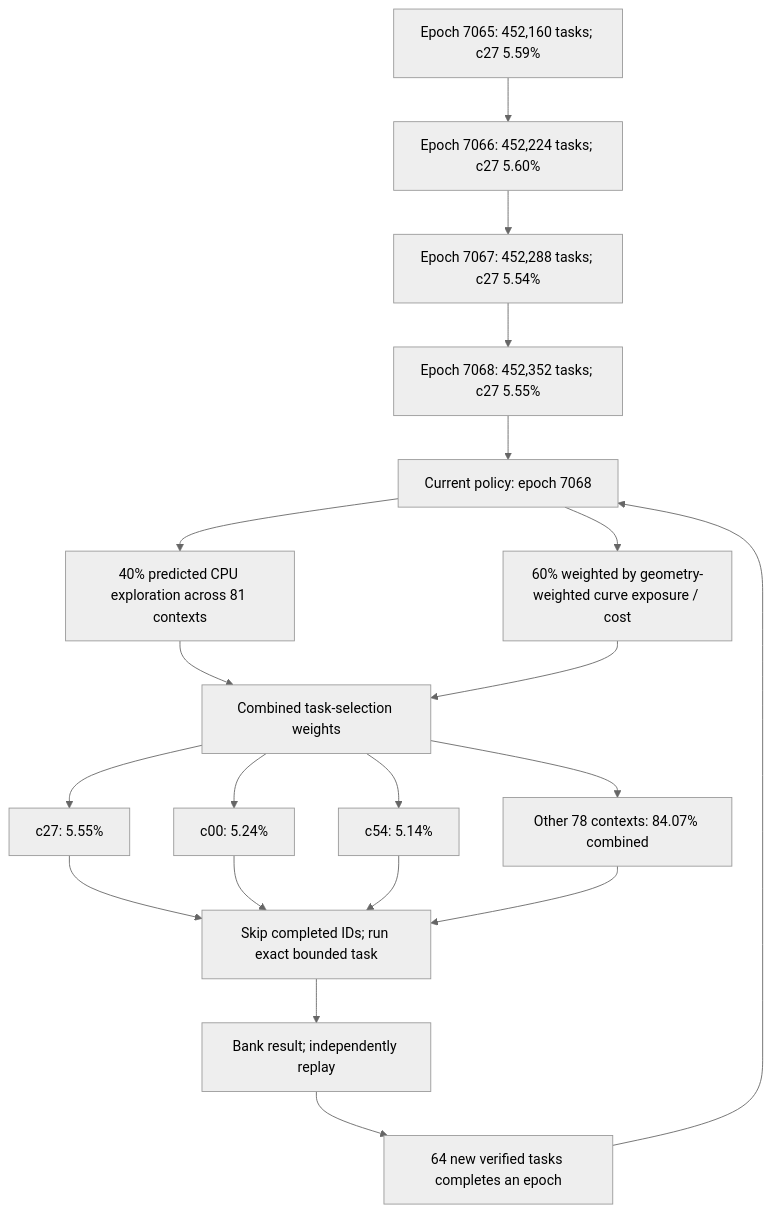
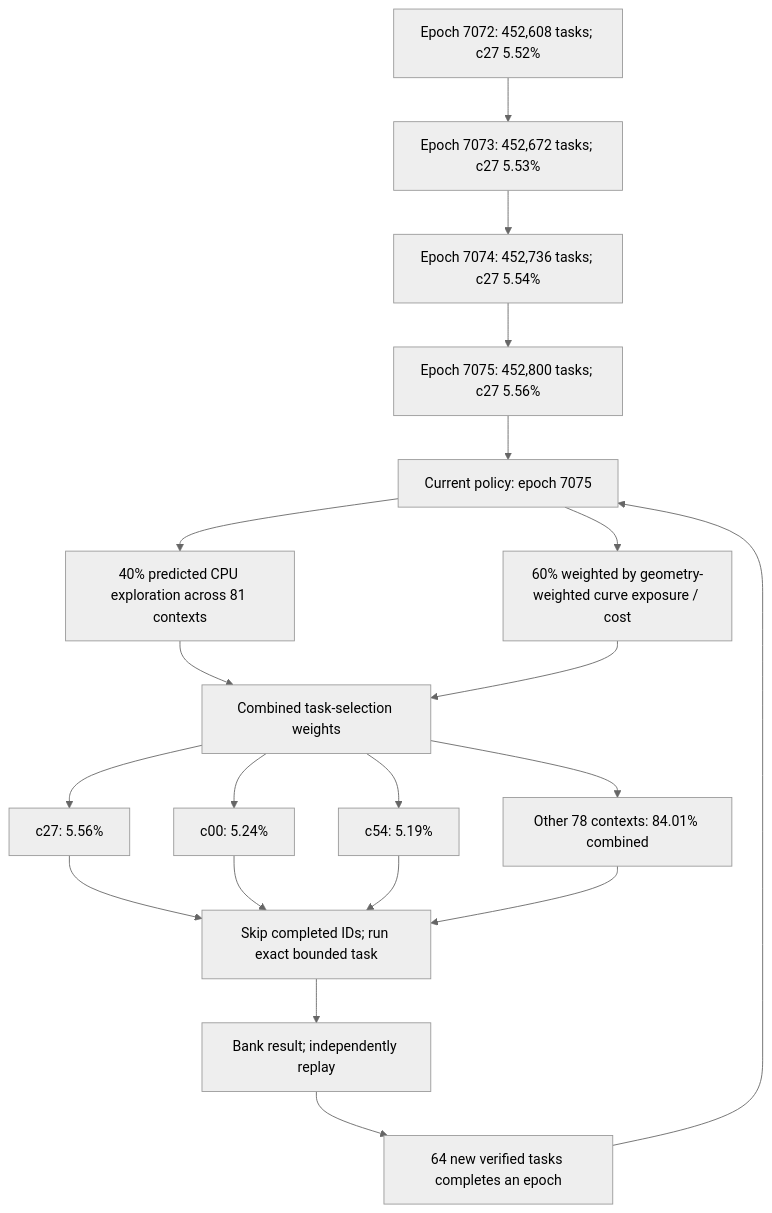
The first of 4 diagrams in README.md (Kuberwastaken/math-gambling), drawn with Mermaid (neutral theme) before and after one commit. The commit also changed other lines of this file and 1452 other files, not shown here.

````diff
--- a/README.md
+++ b/README.md
@@ -60,27 +60,27 @@
 ```mermaid
 flowchart TD
-    H0["Epoch 7065: 452,160 tasks; c27 5.59%"]
-    H1["Epoch 7066: 452,224 tasks; c27 5.60%"]
+    H0["Epoch 7072: 452,608 tasks; c27 5.52%"]
+    H1["Epoch 7073: 452,672 tasks; c27 5.53%"]
     H0 --> H1
-    H2["Epoch 7067: 452,288 tasks; c27 5.54%"]
+    H2["Epoch 7074: 452,736 tasks; c27 5.54%"]
     H1 --> H2
-    H3["Epoch 7068: 452,352 tasks; c27 5.55%"]
+    H3["Epoch 7075: 452,800 tasks; c27 5.56%"]
     H2 --> H3
-    Policy["Current policy: epoch 7068"]
+    Policy["Current policy: epoch 7075"]
     H3 --> Policy
     Policy --> Explore["40% predicted CPU exploration across 81 contexts"]
     Policy --> Cost["60% weighted by geometry-weighted curve exposure / cost"]
     Explore --> Mix["Combined task-selection weights"]
     Cost --> Mix
-    Mix --> C0["c27: 5.55%"]
+    Mix --> C0["c27: 5.56%"]
     Mix --> C1["c00: 5.24%"]
-    Mix --> C2["c54: 5.14%"]
-    Mix --> Rest["Other 78 contexts: 84.07% combined"]
+    Mix --> C2["c54: 5.19%"]
+    Mix --> Rest["Other 78 contexts: 84.01% combined"]
     C0 --> Check["Skip completed IDs; run exact bounded task"]
     C1 --> Check
     C2 --> Check
     Rest --> Check
     Check --> Replay["Bank result; independently replay"]
     Replay --> Gate["64 new verified tasks completes an epoch"]
     Gate --> Policy
 ```
````
